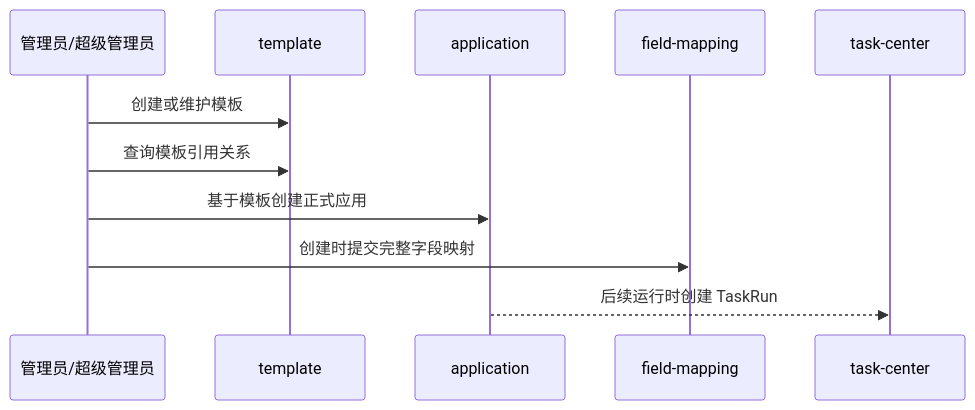
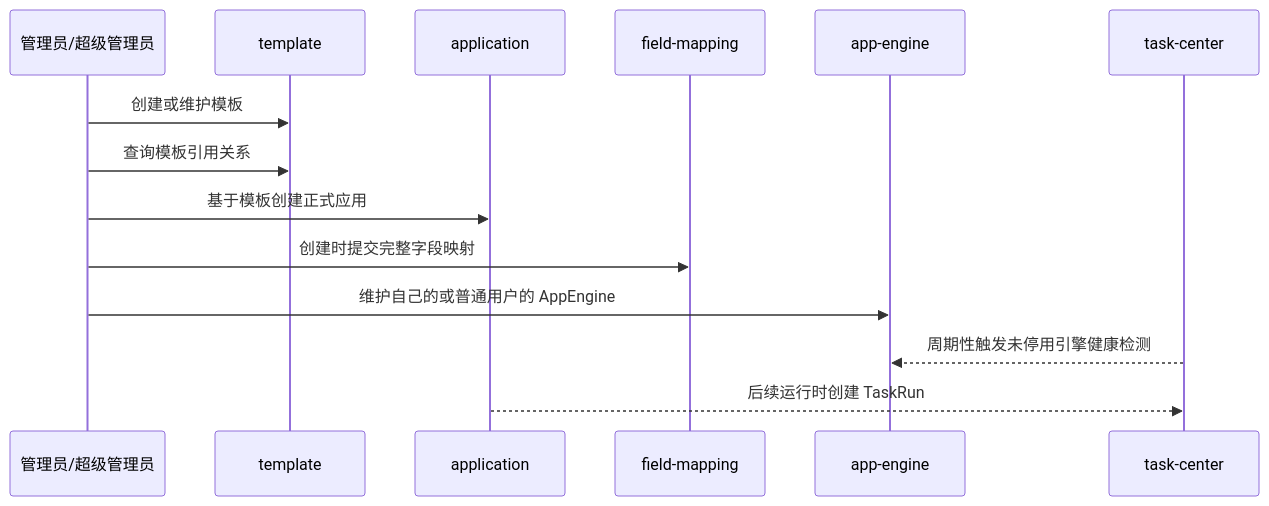
The diagram in 02_architecture/domains/application-platform.md (wangweihong/omnimam-spec), drawn with Mermaid before and after one commit. The commit also changed other lines of this file and 14 other files, not shown here.

Commit message:
Add user app engine contracts

````diff
--- a/02_architecture/domains/application-platform.md
+++ b/02_architecture/domains/application-platform.md
@@ -27,14 +29,17 @@
 ```mermaid
 sequenceDiagram
   participant Admin as 管理员/超级管理员
   participant Template as template
   participant App as application
   participant Mapping as field-mapping
+  participant Engine as app-engine
   participant Task as task-center
 
   Admin->>Template: 创建或维护模板
   Admin->>Template: 查询模板引用关系
   Admin->>App: 基于模板创建正式应用
   Admin->>Mapping: 创建时提交完整字段映射
+  Admin->>Engine: 维护自己的或普通用户的 AppEngine
+  Task-->>Engine: 周期性触发未停用引擎健康检测
   App-->>Task: 后续运行时创建 TaskRun
 ```
````
